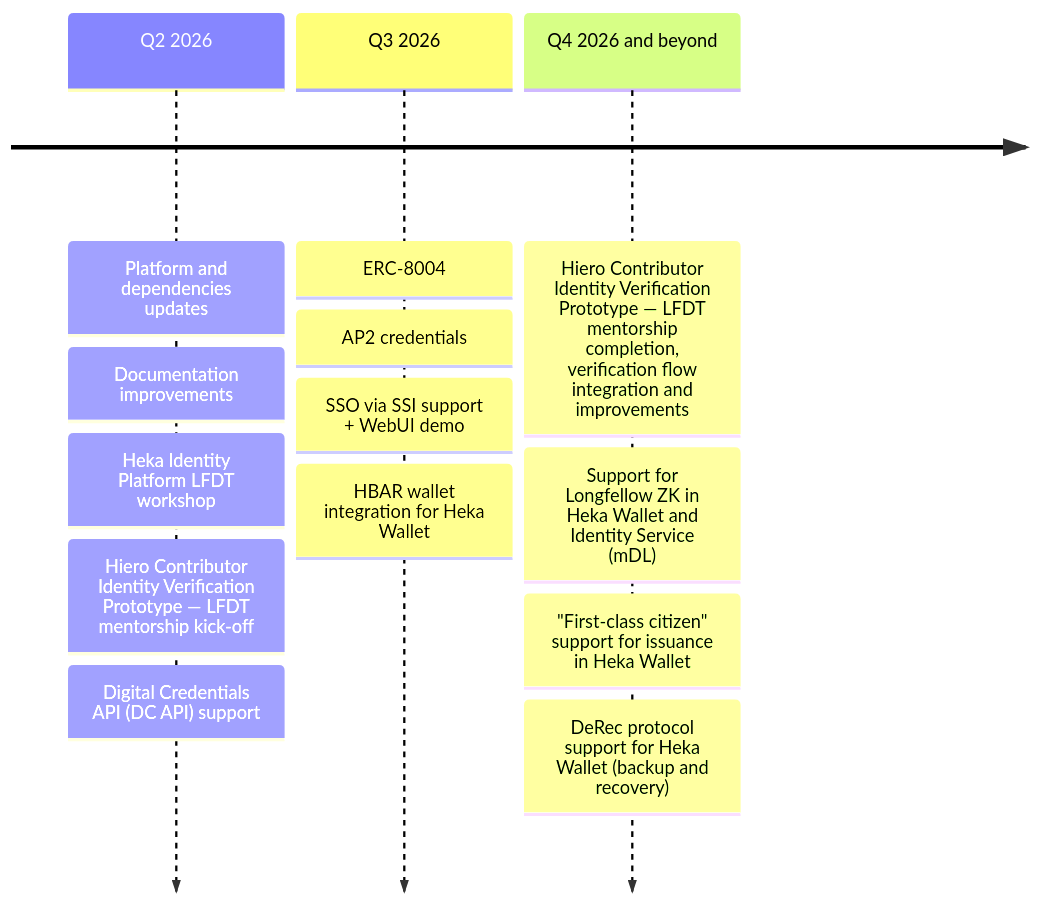
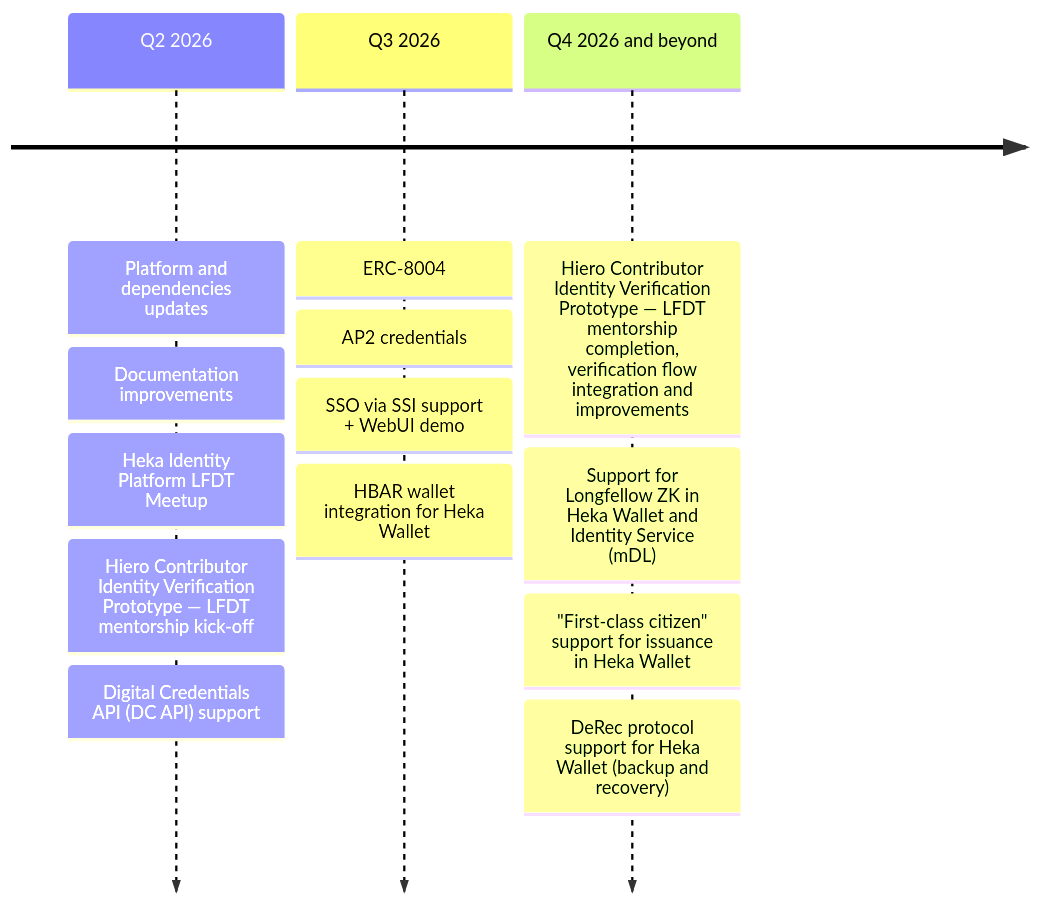
One commit to hiero-ledger/heka-identity-platform changed the diagram in ROADMAP.md. Above: the diagram before and after it, drawn with Mermaid. The commit also changed other lines of this file and 78 other files, not shown here.

````diff
--- a/ROADMAP.md
+++ b/ROADMAP.md
@@ -16,16 +16,16 @@
 ```mermaid
 timeline
     Q2 2026 : Platform and dependencies updates
             : Documentation improvements
-            : Heka Identity Platform LFDT workshop
+            : Heka Identity Platform LFDT Meetup
             : Hiero Contributor Identity Verification Prototype — LFDT mentorship kick-off
             : Digital Credentials API (DC API) support
     Q3 2026 : ERC-8004
             : AP2 credentials
             : SSO via SSI support + WebUI demo
             : HBAR wallet integration for Heka Wallet
     Q4 2026 and beyond : Hiero Contributor Identity Verification Prototype — LFDT mentorship completion, verification flow integration and improvements
                        : Support for Longfellow ZK in Heka Wallet and Identity Service (mDL)
                        : "First-class citizen" support for issuance in Heka Wallet
                        : DeRec protocol support for Heka Wallet (backup and recovery)
 ```
````
